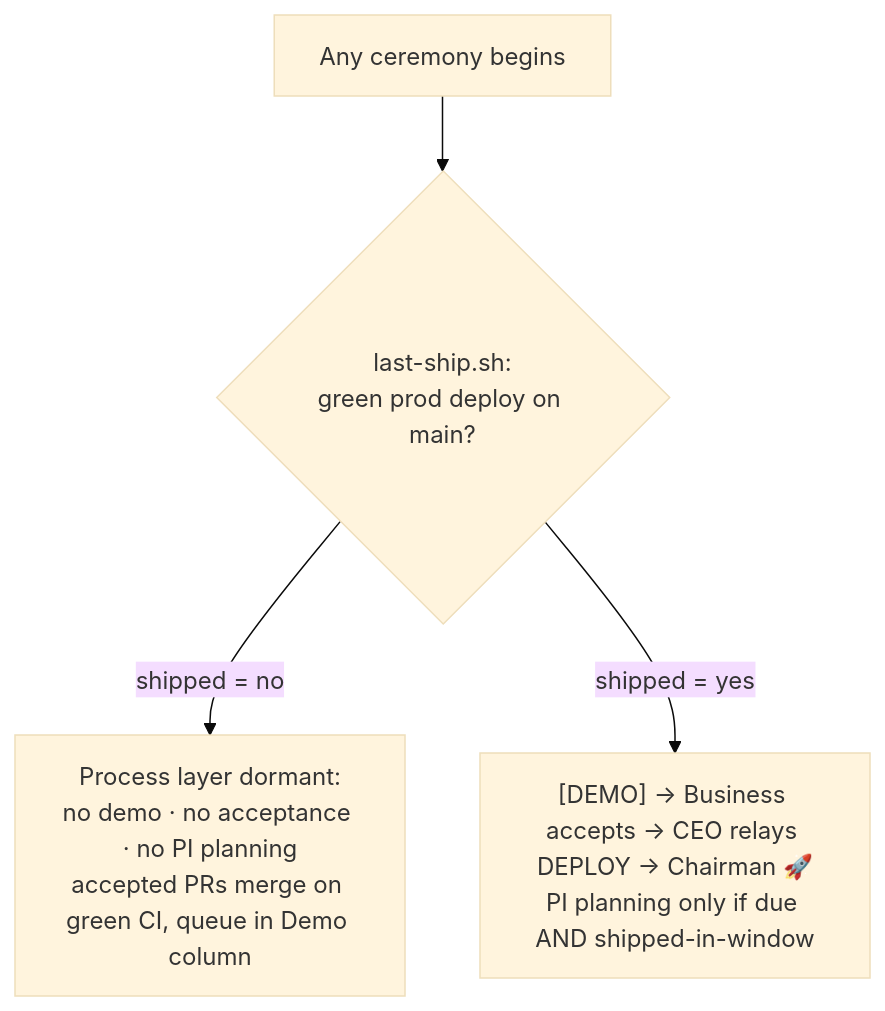
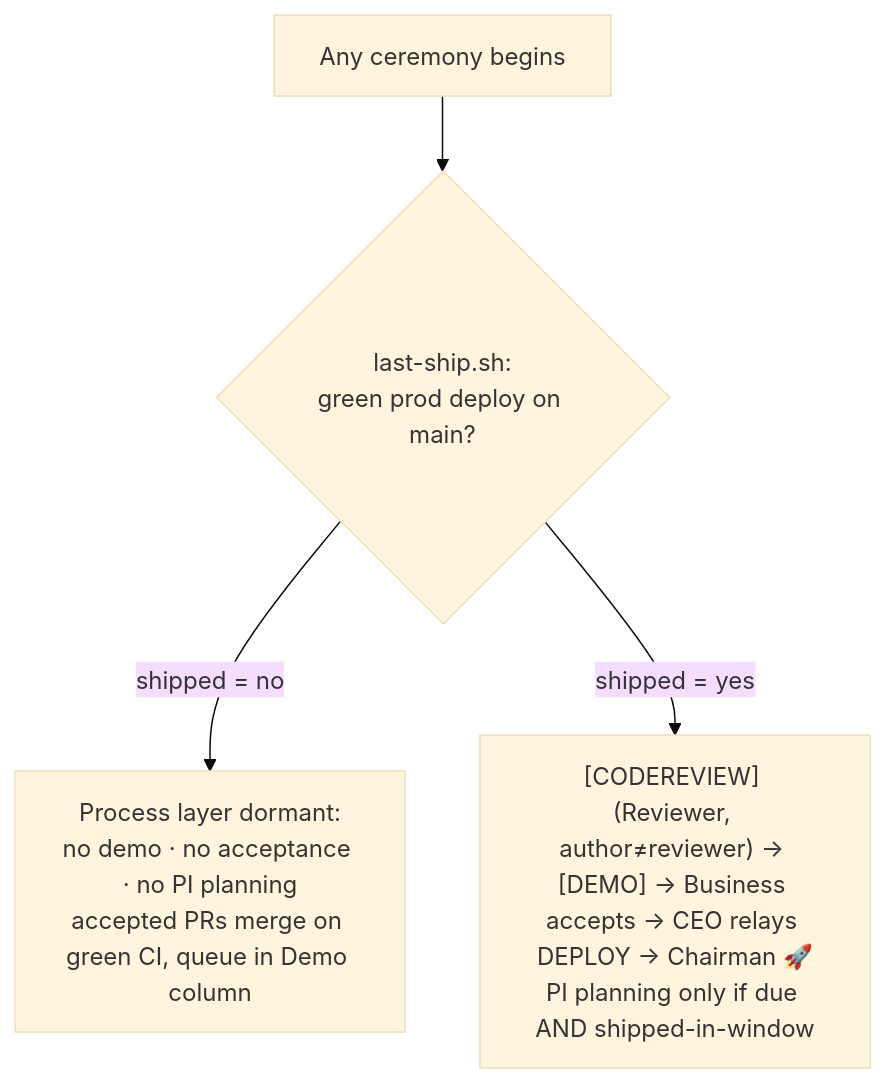
The seventh of 9 diagrams in docs/ARCHITECTURE.md (johnplantada/scrum-jail-governance-playbook), drawn with Mermaid (base theme) before and after one commit. The commit also changed other lines of this file, not shown here.

First line of the commit message:
docs(architecture): fix accuracy drift vs the live playbook

````diff
--- a/docs/ARCHITECTURE.md
+++ b/docs/ARCHITECTURE.md
@@ -225,6 +225,6 @@
 ```mermaid
 flowchart TD
     Cer["Any ceremony begins"] --> Pred{"last-ship.sh:<br/>green prod deploy on main?"}
     Pred -->|"shipped = no"| Dormant["Process layer dormant:<br/>no demo · no acceptance · no PI planning<br/>accepted PRs merge on green CI, queue in Demo column"]
-    Pred -->|"shipped = yes"| Active["[DEMO] → Business accepts → CEO relays DEPLOY → Chairman 🚀<br/>PI planning only if due AND shipped-in-window"]
+    Pred -->|"shipped = yes"| Active["[CODEREVIEW] (Reviewer, author≠reviewer) → [DEMO] → Business accepts → CEO relays DEPLOY → Chairman 🚀<br/>PI planning only if due AND shipped-in-window"]
 ```
````
